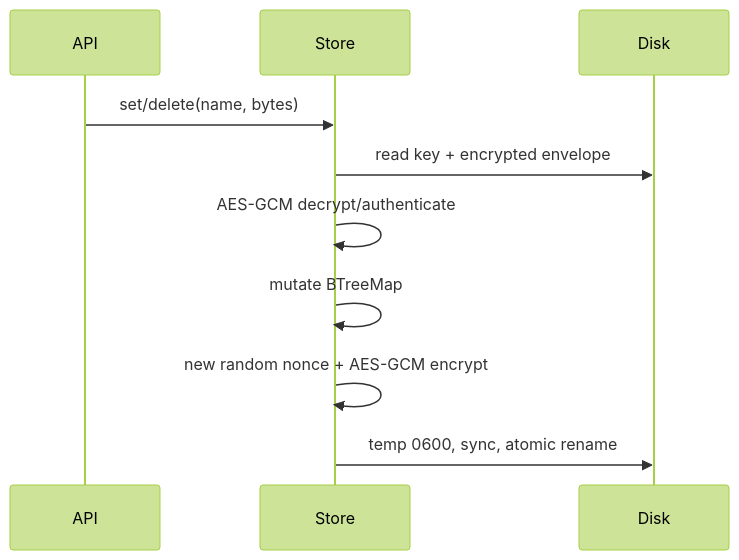
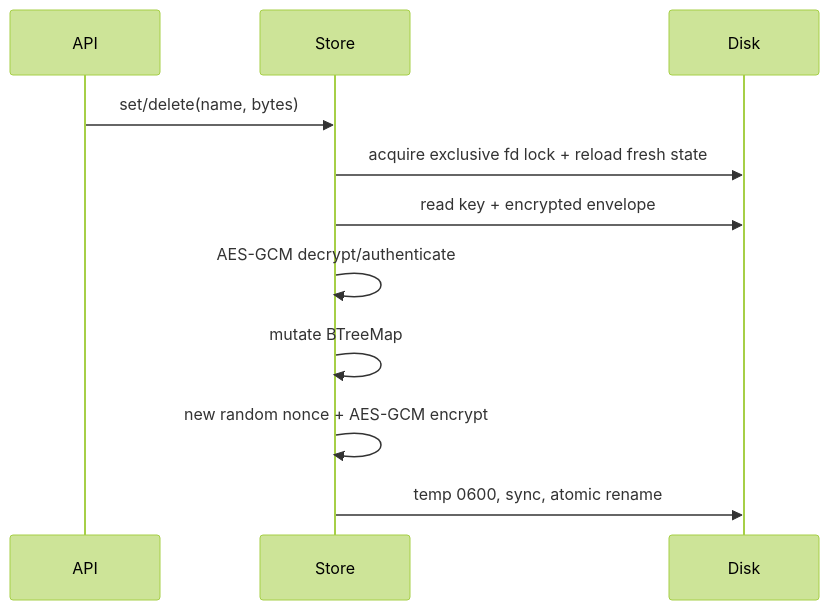
One commit to alliecatowo/shoal changed the sixth of 6 diagrams in site/content/internals/security-threat-model.md. Above: the diagram before and after it, drawn with Mermaid (forest theme). The commit also changed other lines of this file and 33 other files, not shown here.

````diff
--- a/site/content/internals/security-threat-model.md
+++ b/site/content/internals/security-threat-model.md
@@ -464,14 +461,15 @@
 ```mermaid
 sequenceDiagram
 accTitle: Secret store design
 accDescr: Shows the components and relationships described in Secret store design.
   participant API
   participant Store
   participant Disk
   API->>Store: set/delete(name, bytes)
+  Store->>Disk: acquire exclusive fd lock + reload fresh state
   Store->>Disk: read key + encrypted envelope
   Store->>Store: AES-GCM decrypt/authenticate
   Store->>Store: mutate BTreeMap
   Store->>Store: new random nonce + AES-GCM encrypt
   Store->>Disk: temp 0600, sync, atomic rename
 ```
````
